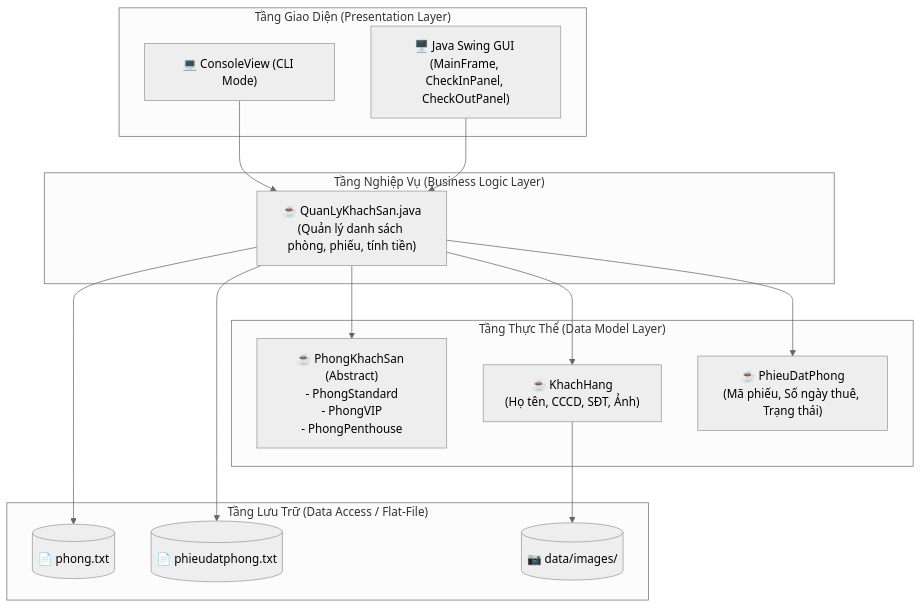
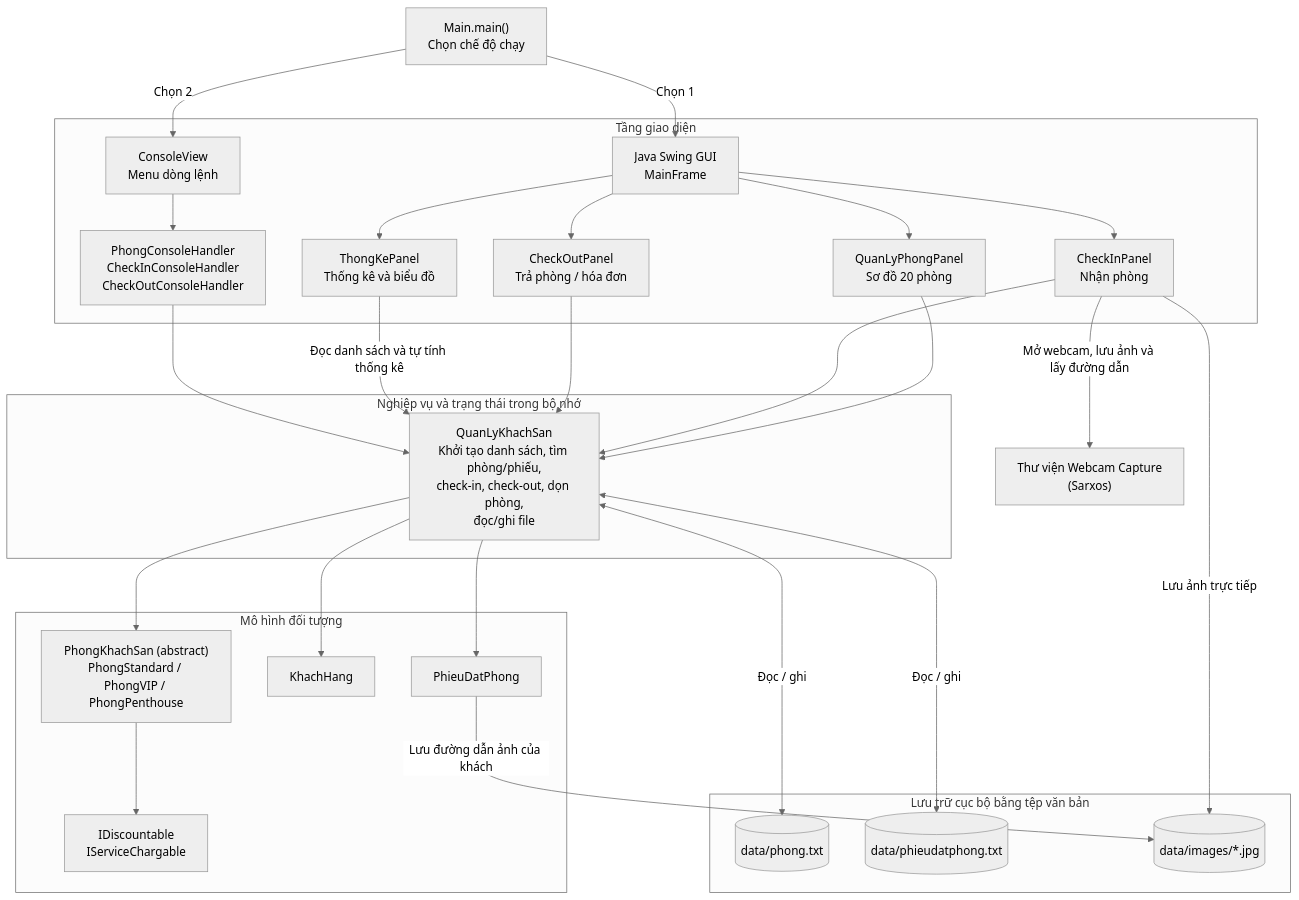
The diagram in docs/diagrams/architecture.mmd (NNTTuan/HotelBookingSystem), drawn with Mermaid (neutral theme) before and after one commit. The commit also changed other lines of this file and 17 other files, not shown here.

```diff
--- a/docs/diagrams/architecture.mmd
+++ b/docs/diagrams/architecture.mmd
@@ -1,30 +1,54 @@
-graph TD
-    subgraph Client ["Tầng Giao Diện (Presentation Layer)"]
-        CLI["💻 ConsoleView (CLI Mode)"]
-        GUI["🖥️ Java Swing GUI (MainFrame, CheckInPanel, CheckOutPanel)"]
+flowchart TB
+    Main["Main.main()<br/>Chọn chế độ chạy"]
+
+    subgraph Presentation["Tầng giao diện"]
+        Swing["Java Swing GUI<br/>MainFrame"]
+        RoomUI["QuanLyPhongPanel<br/>Sơ đồ 20 phòng"]
+        CheckInUI["CheckInPanel<br/>Nhận phòng"]
+        CheckOutUI["CheckOutPanel<br/>Trả phòng / hóa đơn"]
+        StatsUI["ThongKePanel<br/>Thống kê và biểu đồ"]
+        ConsoleUI["ConsoleView<br/>Menu dòng lệnh"]
+        ConsoleHandlers["PhongConsoleHandler<br/>CheckInConsoleHandler<br/>CheckOutConsoleHandler"]
     end
 
-    subgraph Service ["Tầng Nghiệp Vụ (Business Logic Layer)"]
-        QLKS["☕ QuanLyKhachSan.java<br/>(Quản lý danh sách phòng, phiếu, tính tiền)"]
+    subgraph Business["Nghiệp vụ và trạng thái trong bộ nhớ"]
+        QLKS["QuanLyKhachSan<br/>Khởi tạo danh sách, tìm phòng/phiếu,<br/>check-in, check-out, dọn phòng,<br/>đọc/ghi file"]
     end
 
-    subgraph Model ["Tầng Thực Thể (Data Model Layer)"]
-        PH["☕ PhongKhachSan (Abstract)<br/>- PhongStandard<br/>- PhongVIP<br/>- PhongPenthouse"]
-        KH["☕ KhachHang<br/>(Họ tên, CCCD, SĐT, Ảnh)"]
-        PDP["☕ PhieuDatPhong<br/>(Mã phiếu, Số ngày thuê, Trạng thái)"]
+    subgraph Domain["Mô hình đối tượng"]
+        Room["PhongKhachSan (abstract)<br/>PhongStandard / PhongVIP / PhongPenthouse"]
+        Guest["KhachHang"]
+        Booking["PhieuDatPhong"]
+        Pricing["IDiscountable<br/>IServiceChargable"]
     end
 
-subgraph Storage ["Tầng Lưu Trữ (Data Access / Flat-File)"]
-F1[(📄 phong.txt)]
-F2[(📄 phieudatphong.txt)]
-F3[(📷 data/images/)]
-end
+    subgraph Persistence["Lưu trữ cục bộ bằng tệp văn bản"]
+        RoomFile[("data/phong.txt")]
+        BookingFile[("data/phieudatphong.txt")]
+        ImageDir[("data/images/*.jpg")]
+    end
 
-CLI --> QLKS
-GUI --> QLKS
-QLKS --> PH
-QLKS --> KH
-QLKS --> PDP
-QLKS --> F1
-QLKS --> F2
-KH --> F3
+    Webcam["Thư viện Webcam Capture<br/>(Sarxos)"]
+
+    Main -->|Chọn 1| Swing
+    Main -->|Chọn 2| ConsoleUI
+    Swing --> RoomUI
+    Swing --> CheckInUI
+    Swing --> CheckOutUI
+    Swing --> StatsUI
+    RoomUI --> QLKS
+    CheckInUI --> QLKS
+    CheckOutUI --> QLKS
+    StatsUI -->|Đọc danh sách và tự tính thống kê| QLKS
+    ConsoleUI --> ConsoleHandlers
+    ConsoleHandlers --> QLKS
+
+    QLKS --> Room
+    QLKS --> Guest
+    QLKS --> Booking
+    Room --> Pricing
+    QLKS <-->|Đọc / ghi| RoomFile
+    QLKS <-->|Đọc / ghi| BookingFile
+    CheckInUI -->|Mở webcam, lưu ảnh và lấy đường dẫn| Webcam
+    CheckInUI -->|Lưu ảnh trực tiếp| ImageDir
+    Booking -->|Lưu đường dẫn ảnh của khách| ImageDir
```
